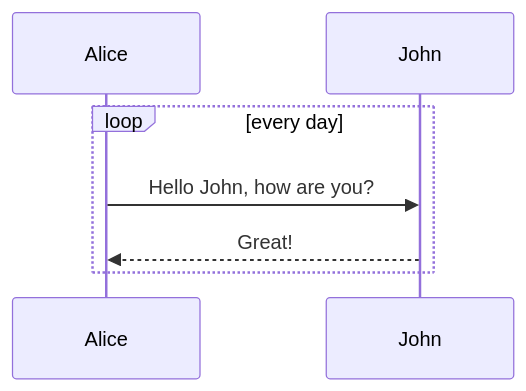
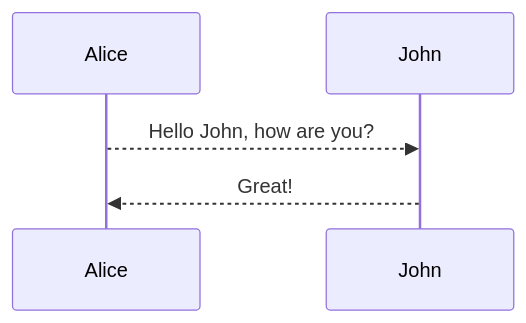
One commit to miaozhuojun/miaozhuojun.github.io changed the first of 2 diagrams in _posts/2021-01-15-dominator.md. Above: the diagram before and after it, drawn with Mermaid.

```diff
--- a/_posts/2021-01-15-dominator.md
+++ b/_posts/2021-01-15-dominator.md
@@ -21,7 +21,5 @@
       <div class="mermaid">
-        sequenceDiagram
-        loop every day
-          Alice->>John: Hello John, how are you?
-          John-->>Alice: Great!
-        end
+      sequenceDiagram
+        Alice-->>John: Hello John, how are you?
+        John-->>Alice: Great!
       </div>
```
